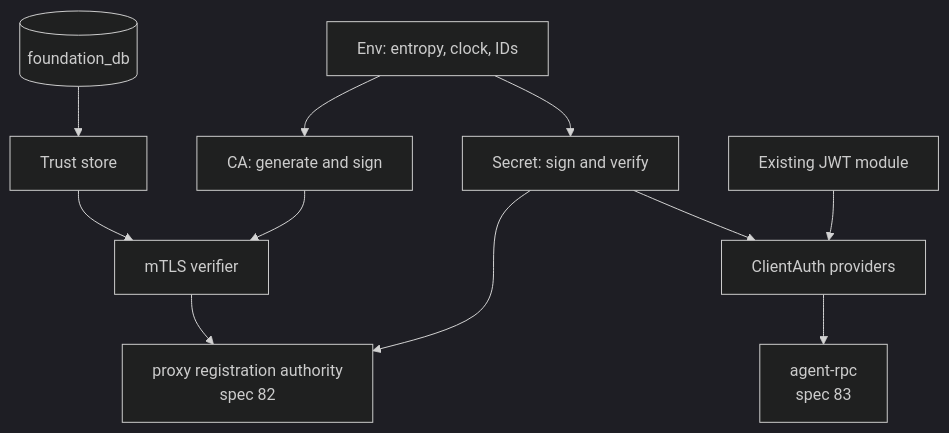
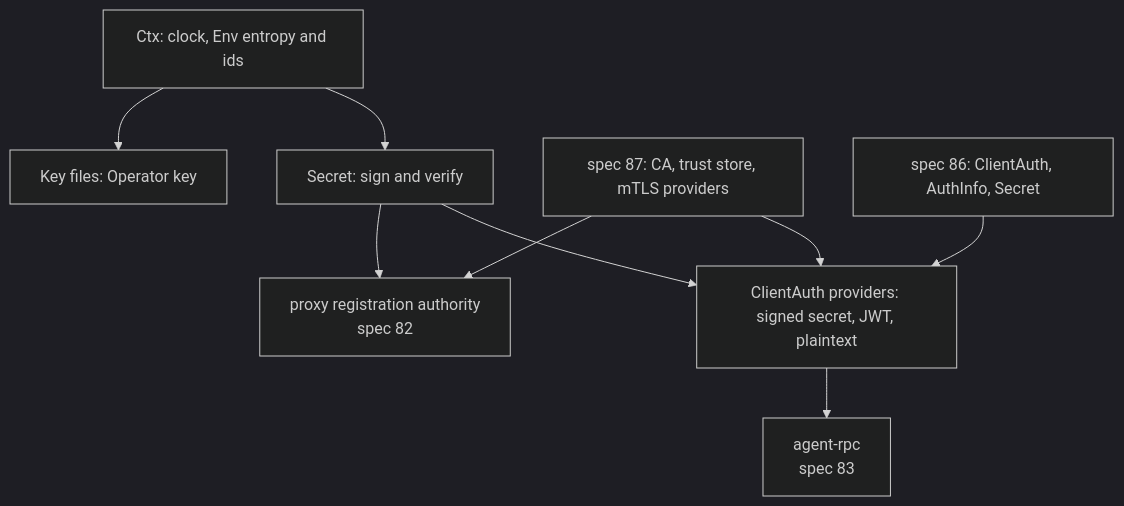
One commit to ewe-studios/ewe_platform changed the diagram in specifications/81-foundation-auth/requirements.md. Above: the diagram before and after it, drawn with Mermaid (dark theme). The commit also changed other lines of this file and 66 other files, not shown here.

````diff
--- a/specifications/81-foundation-auth/requirements.md
+++ b/specifications/81-foundation-auth/requirements.md
@@ -105,13 +124,11 @@
 ```mermaid
 graph TD
-    ENV[Env: entropy, clock, IDs] --> SEC[Secret: sign and verify]
-    ENV --> CA[CA: generate and sign]
-    DB[(foundation_db)] --> TRUST[Trust store]
-    SEC --> PROVIDER[ClientAuth providers]
-    CA --> MTLS[mTLS verifier]
-    TRUST --> MTLS
-    JWT[Existing JWT module] --> PROVIDER
+    CTX[Ctx: clock, Env entropy and ids] --> SEC[Secret: sign and verify]
+    CTX --> KEYS[Key files: Operator key]
+    SEC --> PROVIDER[ClientAuth providers: signed secret, JWT, plaintext]
+    S87[spec 87: CA, trust store, mTLS providers] --> PROVIDER
+    S86[spec 86: ClientAuth, AuthInfo, Secret] --> PROVIDER
     PROVIDER --> ARPC[agent-rpc<br/>spec 83]
-    MTLS --> PROXY[proxy registration authority<br/>spec 82]
+    S87 --> PROXY[proxy registration authority<br/>spec 82]
     SEC --> PROXY
 ```
````
